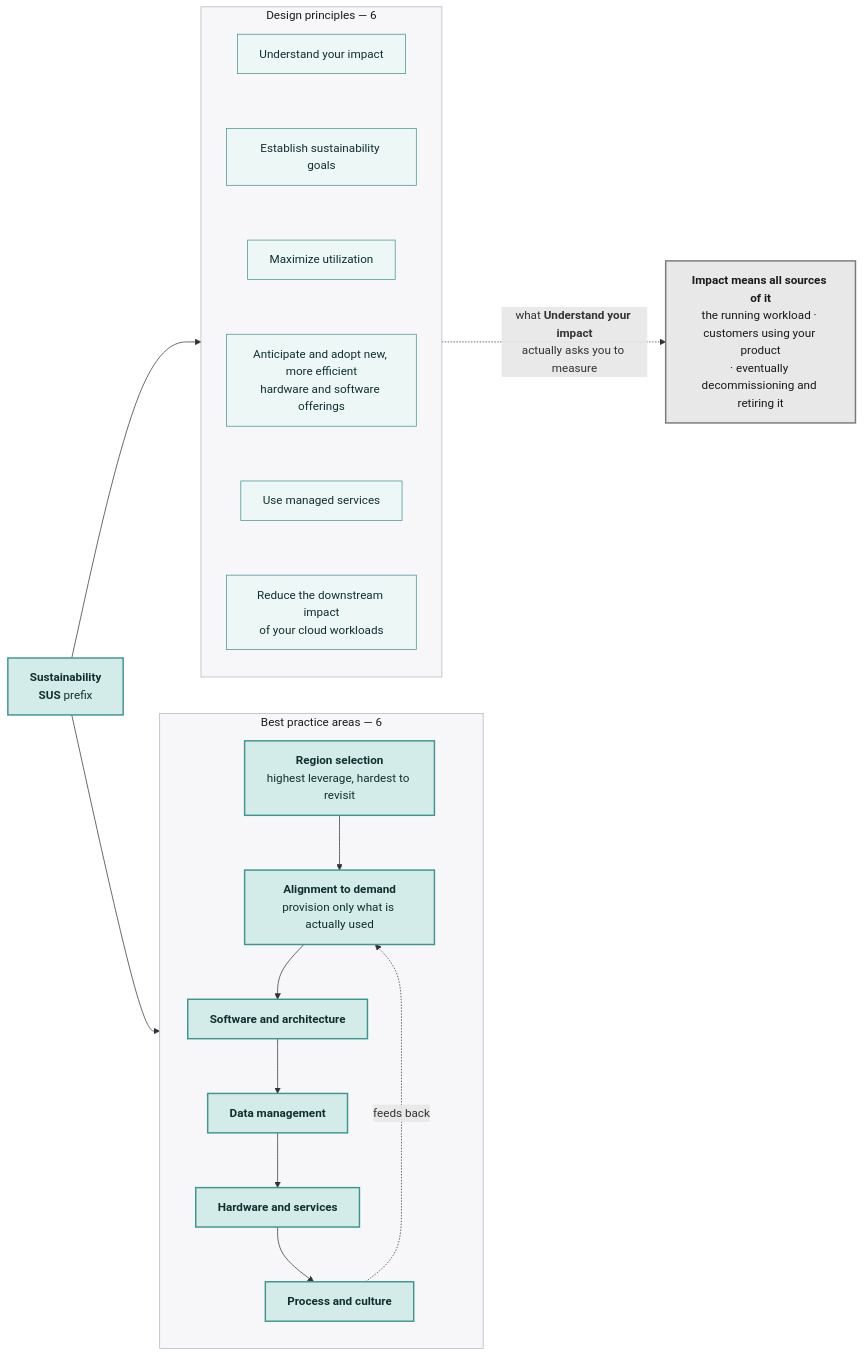
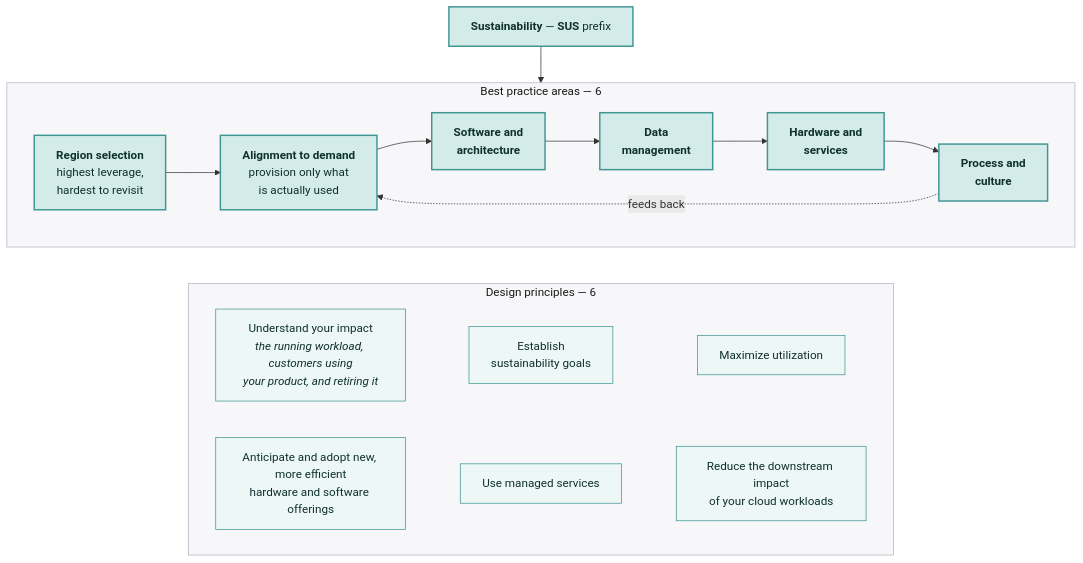
One commit to toddcooke/learn changed the tenth of 10 diagrams in well-architected/diagrams.md. Above: the diagram before and after it, drawn with Mermaid. The commit also changed other lines of this file, not shown here.

First line of the commit message:
fix: lay out the diagrams to fit a 13.3in screen

````diff
--- a/well-architected/diagrams.md
+++ b/well-architected/diagrams.md
@@ -513,42 +470,26 @@
 ```mermaid
-flowchart LR
-    SUS["<b>Sustainability</b><br/><b>SUS</b> prefix"]
+flowchart TB
+    SUS["<b>Sustainability</b> — <b>SUS</b> prefix"]
 
     subgraph BPA["Best practice areas — 6"]
-        direction TB
-        A1["<b>Region selection</b><br/>highest leverage, hardest to revisit"]
-        A2["<b>Alignment to demand</b><br/>provision only what is actually used"]
-        A3["<b>Software and architecture</b>"]
-        A4["<b>Data management</b>"]
-        A5["<b>Hardware and services</b>"]
-        A6["<b>Process and culture</b>"]
-        A1 --> A2 --> A3 --> A4 --> A5 --> A6
+        direction LR
+        A1["<b>Region selection</b><br/>highest leverage,<br/>hardest to revisit"] --> A2["<b>Alignment to demand</b><br/>provision only what<br/>is actually used"] --> A3["<b>Software and<br/>architecture</b>"] --> A4["<b>Data<br/>management</b>"] --> A5["<b>Hardware and<br/>services</b>"] --> A6["<b>Process and<br/>culture</b>"]
         A6 -.->|"feeds back"| A2
     end
 
     subgraph DP["Design principles — 6"]
-        direction TB
-        P1["Understand your impact"]
-        P2["Establish sustainability goals"]
-        P3["Maximize utilization"]
-        P4["Anticipate and adopt new, more efficient<br/>hardware and software offerings"]
-        P5["Use managed services"]
-        P6["Reduce the downstream impact<br/>of your cloud workloads"]
-        P1 ~~~ P2 ~~~ P3 ~~~ P4 ~~~ P5 ~~~ P6
+        direction LR
+        P1["Understand your impact<br/><i>the running workload, customers using<br/>your product, and retiring it</i>"] ~~~ P2["Establish<br/>sustainability goals"] ~~~ P3["Maximize utilization"]
+        P4["Anticipate and adopt new, more efficient<br/>hardware and software offerings"] ~~~ P5["Use managed services"] ~~~ P6["Reduce the downstream impact<br/>of your cloud workloads"]
     end
 
-    SCOPE["<b>Impact means all sources of it</b><br/>the running workload · customers using your product<br/>· eventually decommissioning and retiring it"]
-
     SUS --> BPA
-    SUS --> DP
-    DP -.->|"what <b>Understand your impact</b><br/>actually asks you to measure"| SCOPE
+    BPA ~~~ DP
 
     classDef sus fill:#d3ecea,stroke:#3f9691,stroke-width:2px,color:#0f302f
     classDef suslight fill:#edf7f6,stroke:#3f9691,stroke-width:1px,color:#0f302f
-    classDef neutral fill:#e8e8e8,stroke:#7a7a7a,stroke-width:2px,color:#1a1a1a
     classDef sub fill:#f7f7f9,stroke:#b0b6c0,stroke-width:1px,color:#1a1a1a
     class SUS,A1,A2,A3,A4,A5,A6 sus
     class P1,P2,P3,P4,P5,P6 suslight
-    class SCOPE neutral
     class BPA,DP sub
 ```
````
